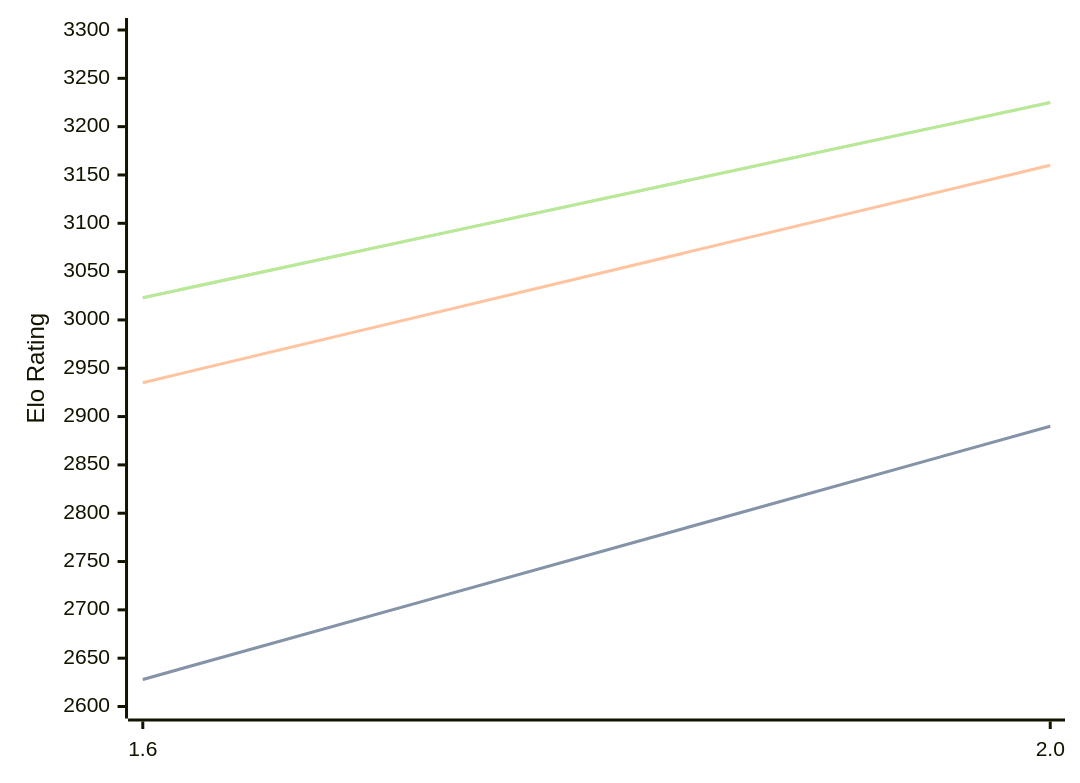
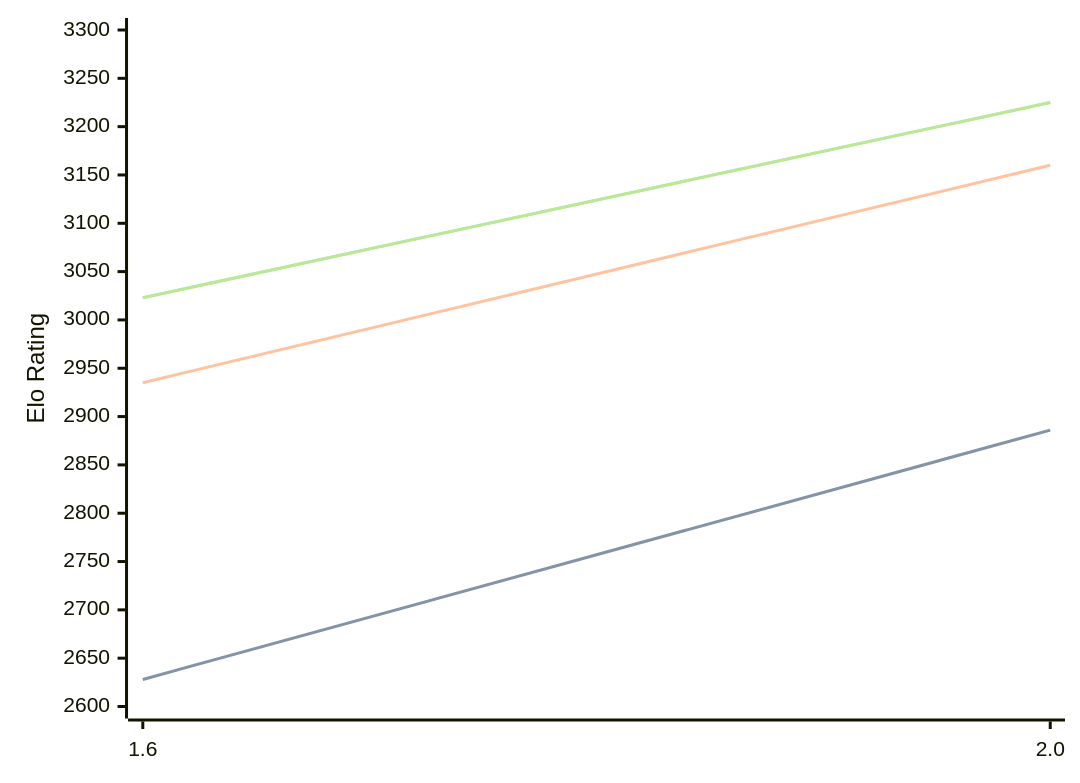
Before and after one commit to computer-chess-index/cci: the diagram in engines/Onyx.md, drawn with Mermaid. The commit also changed other lines of this file, not shown here.

````diff
--- a/engines/Onyx.md
+++ b/engines/Onyx.md
@@ -32,11 +32,11 @@
 ```mermaid
 %%{init: {"theme":"base","themeVariables":{"seriesColors:['#a3a3a3','#222221','#faa371']}}}%%
 xychart-beta
   x-axis ["1.6", "2.0"]
   y-axis "Elo Rating" 2600 --> 3300
-  line "" [2628, 2890]
-  line "STC (8.0+0.08s)" [2628, 2890]
+  line "" [2628, 2886]
+  line "STC (8.0+0.08s)" [2628, 2886]
   line "LTC (60.0+0.60s)" [2935, 3160]
   line "" [3023, 3225]
   line "VLTC (2m24s+1.12s)" [3023, 3225]
 ```
````
